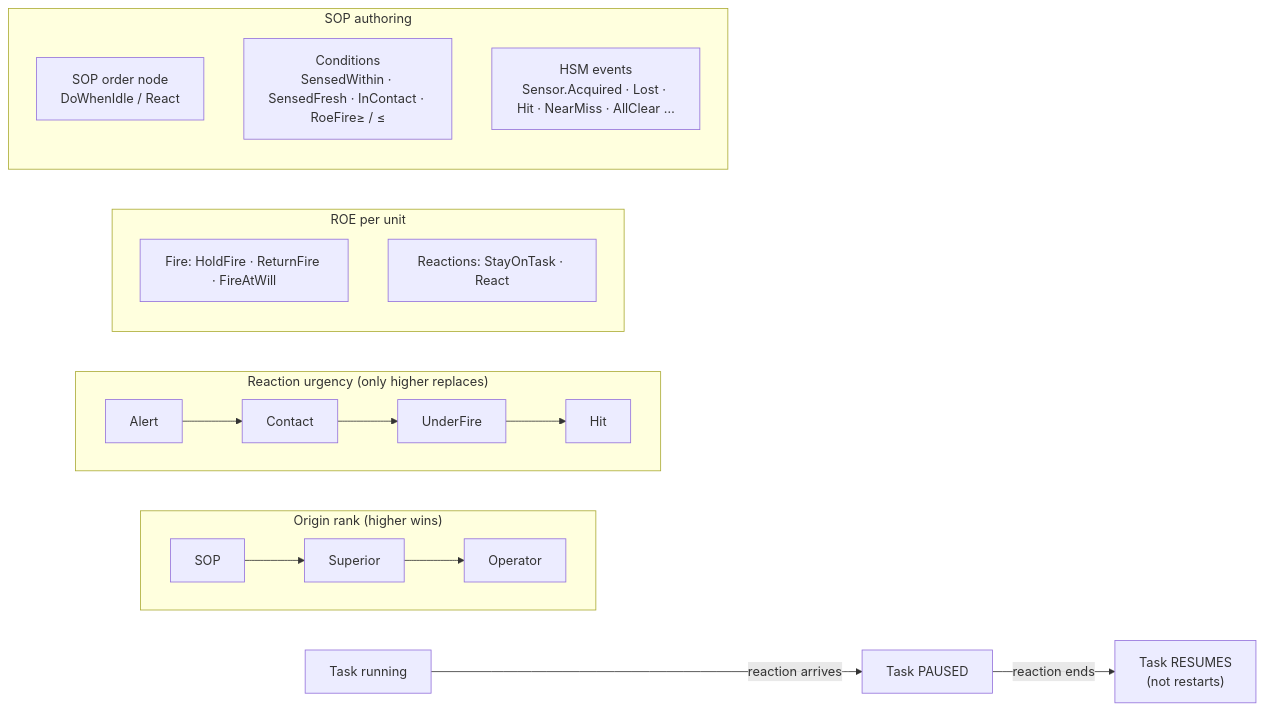
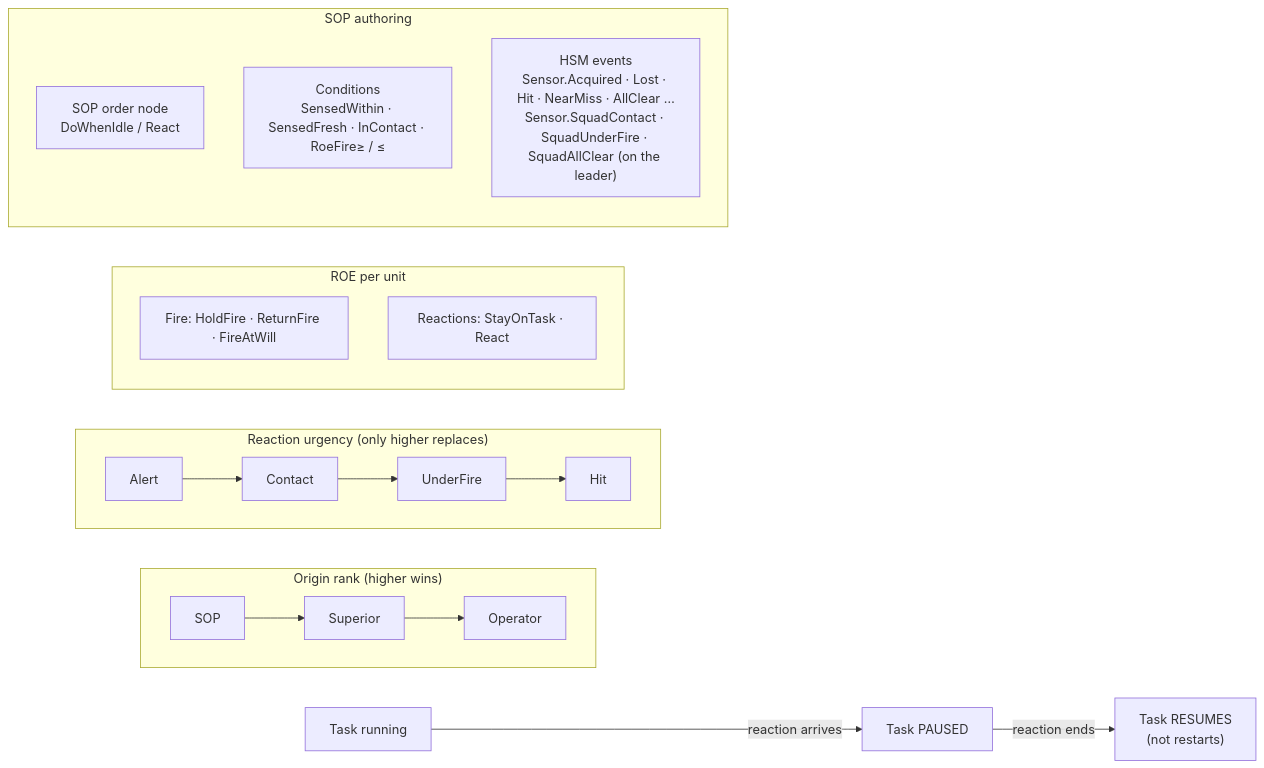
The second of 10 diagrams in docs/OVERVIEW_Behaviour_Building_Blocks.md (pjanec/HROT), drawn with Mermaid before and after one commit. The commit also changed other lines of this file and 1 other file, not shown here.

First line of the commit message:
CE-2123 S2: the map and Sensors & Doctrine §7.3 learn the squad edges, the squad SOP and the three squad drills (cross-doc fold, behaviors lane)

````diff
--- a/docs/OVERVIEW_Behaviour_Building_Blocks.md
+++ b/docs/OVERVIEW_Behaviour_Building_Blocks.md
@@ -67,22 +67,22 @@
 ```mermaid
 graph LR
   subgraph RANK["Origin rank (higher wins)"]
     direction LR
     R1["SOP"] --> R2["Superior"] --> R3["Operator"]
   end
   subgraph URG["Reaction urgency (only higher replaces)"]
     direction LR
     U1["Alert"] --> U2["Contact"] --> U3["UnderFire"] --> U4["Hit"]
   end
   T["Task running"] -- "reaction arrives" --> P["Task PAUSED"]
   P -- "reaction ends" --> RES["Task RESUMES<br/>(not restarts)"]
   subgraph ROEBOX["ROE per unit"]
     F["Fire: HoldFire · ReturnFire · FireAtWill"]
     RE["Reactions: StayOnTask · React"]
   end
   subgraph SOPNODES["SOP authoring"]
     O1["SOP order node<br/>DoWhenIdle / React"]
     C1["Conditions<br/>SensedWithin · SensedFresh · InContact · RoeFire≥ / ≤"]
-    E1["HSM events<br/>Sensor.Acquired · Lost · Hit · NearMiss · AllClear …"]
+    E1["HSM events<br/>Sensor.Acquired · Lost · Hit · NearMiss · AllClear …<br/>Sensor.SquadContact · SquadUnderFire · SquadAllClear (on the leader)"]
   end
 ```
````
